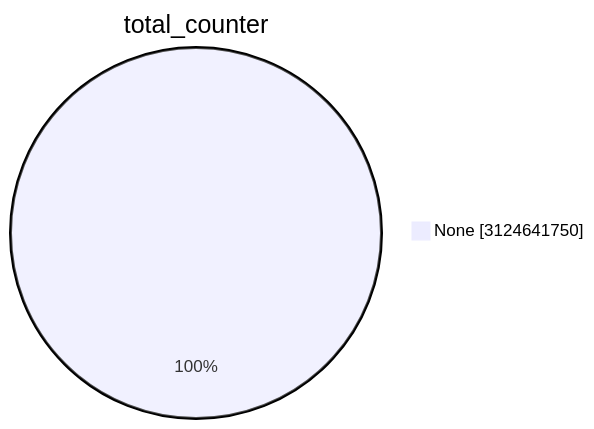
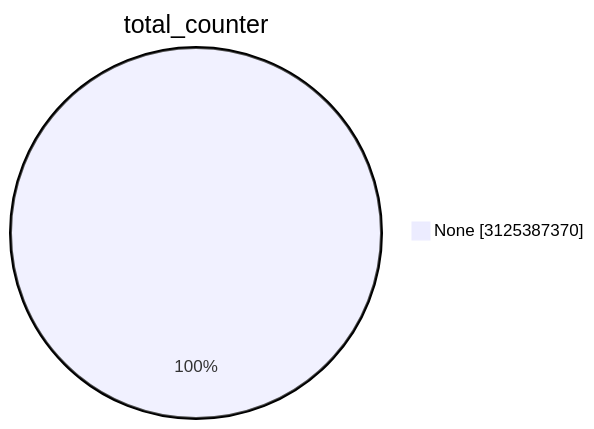
The first of 15 diagrams in TOTAL/README.md (christiankrug/ctmonitor_visualization), drawn with Mermaid before and after one commit. The commit also changed other lines of this file, not shown here.

````diff
--- a/TOTAL/README.md
+++ b/TOTAL/README.md
@@ -1,5 +1,5 @@
 ```mermaid
 pie showData
 title total_counter
-"None" :3124641750
+"None" :3125387370
 ```
````
